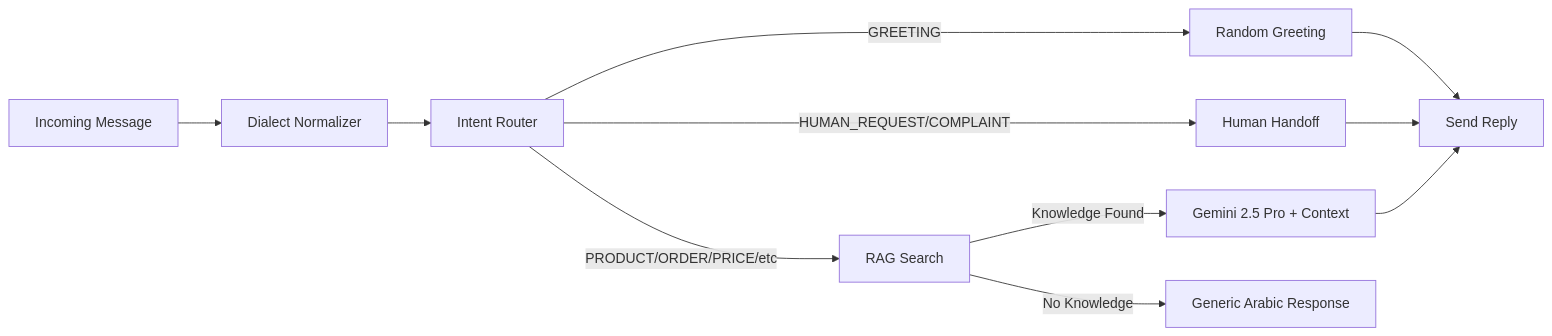
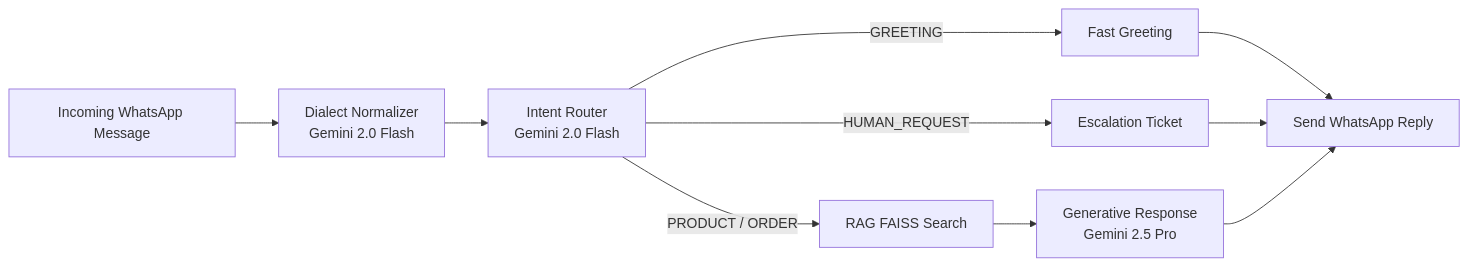
The diagram in README.md (AHMEDGabal1/arabbot-studio), drawn with Mermaid before and after one commit. The commit also changed other lines of this file and 2 other files, not shown here.

````diff
--- a/README.md
+++ b/README.md
@@ -258,13 +61,12 @@
 ```mermaid
 flowchart LR
-    A[Incoming Message] --> B[Dialect Normalizer]
-    B --> C[Intent Router]
-    C -->|GREETING| D[Random Greeting]
-    C -->|HUMAN_REQUEST/COMPLAINT| E[Human Handoff]
-    C -->|PRODUCT/ORDER/PRICE/etc| F[RAG Search]
-    F -->|Knowledge Found| G[Gemini 2.5 Pro + Context]
-    F -->|No Knowledge| H[Generic Arabic Response]
-    G --> I[Send Reply]
-    E --> I
-    D --> I
+    A[Incoming WhatsApp Message] --> B[Dialect Normalizer<br/>Gemini 2.0 Flash]
+    B --> C[Intent Router<br/>Gemini 2.0 Flash]
+    C -->|GREETING| D[Fast Greeting]
+    C -->|HUMAN_REQUEST| E[Escalation Ticket]
+    C -->|PRODUCT / ORDER| F[RAG FAISS Search]
+    F --> G[Generative Response<br/>Gemini 2.5 Pro]
+    D --> H[Send WhatsApp Reply]
+    E --> H
+    G --> H
 ```
````
